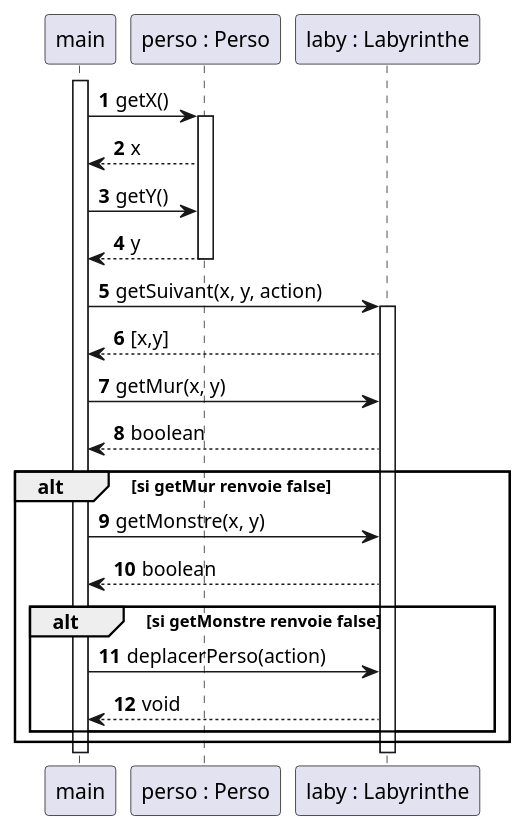
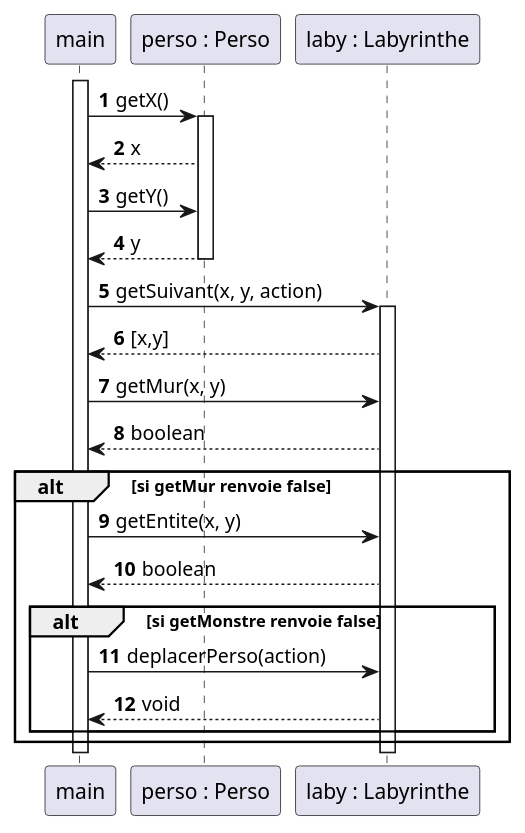
One commit to celie-ponroy/2023_S2.01_Zeldiablo_ponroy_roth_prykhodko_bortolotti changed the diagram in zeldiablo/documents/version_2/diagseq_collisionPersoMonstre.puml. Above: the diagram before and after it, drawn with PlantUML. The commit also changed 1 other file, not shown here.

Commit message:
implementation fonctionalite 3 : getEntite et modif deplacerPerso

```diff
--- a/zeldiablo/documents/version_2/diagseq_collisionPersoMonstre.puml
+++ b/zeldiablo/documents/version_2/diagseq_collisionPersoMonstre.puml
@@ -1,40 +1,40 @@
 @startuml
 
 autonumber
 
 participant "laby : Labyrinthe" as l
 participant "perso : Perso" as p
 
 participant "main" as m
 participant "perso : Perso" as p
 participant "laby : Labyrinthe" as l
 
 activate m
 
 m -> p : getX()
 activate p
 m <-- p : x
 
 m -> p : getY()
 m <-- p : y
 deactivate p
 
 m -> l : getSuivant(x, y, action)
 activate l
 m <-- l : [x,y]
 m -> l : getMur(x, y)
 m <-- l : boolean
 
 alt si getMur renvoie false
-    m -> l : getMonstre(x, y)
+    m -> l : getEntite(x, y)
     m <-- l : boolean
     alt si getMonstre renvoie false
         m -> l : deplacerPerso(action)
         m <-- l : void
     end
 end
 
 deactivate l
 deactivate m
 
 @enduml
```
